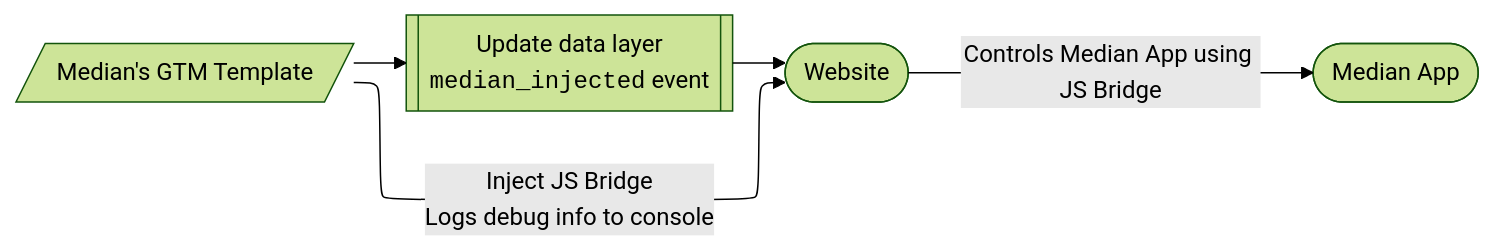
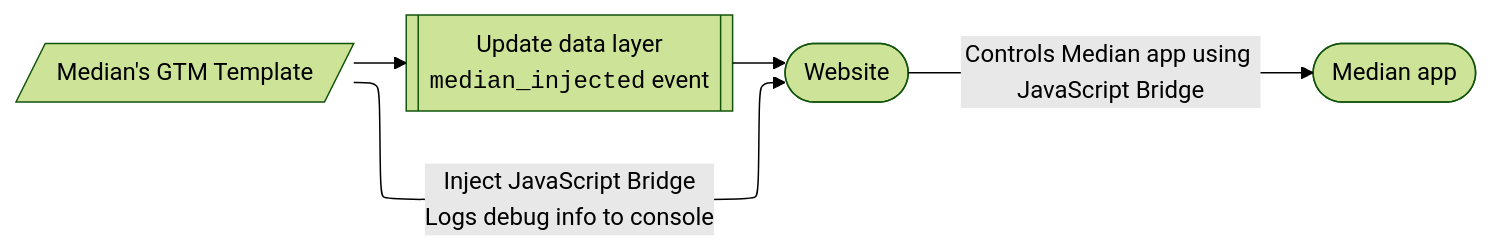
One commit to gonativeio/docs changed the diagram in docs/google-tag-manager.mdx. Above: the diagram before and after it, drawn with Mermaid (forest theme). The commit also changed other lines of this file and 246 other files, not shown here.

````diff
--- a/docs/google-tag-manager.mdx
+++ b/docs/google-tag-manager.mdx
@@ -10,13 +10,13 @@
 ```mermaid
 %%{init: {'flowchart': {'defaultRenderer': 'elk'}}}%%
 flowchart LR
     GTM[/"Median's GTM Template"/]
     DL[["Update data layer<br><code>median_injected</code> event"]]
     Web(["Website"])
-    App(["Median App"])
+    App(["Median app"])
 
-    GTM -- "Inject JS Bridge<br>Logs debug info to console" --> Web
+    GTM -- "Inject JavaScript Bridge<br>Logs debug info to console" --> Web
     GTM --> DL
     DL --> Web
-    Web -- "Controls Median App using JS Bridge" --> App
+    Web -- "Controls Median app using JavaScript Bridge" --> App
 ```
````
